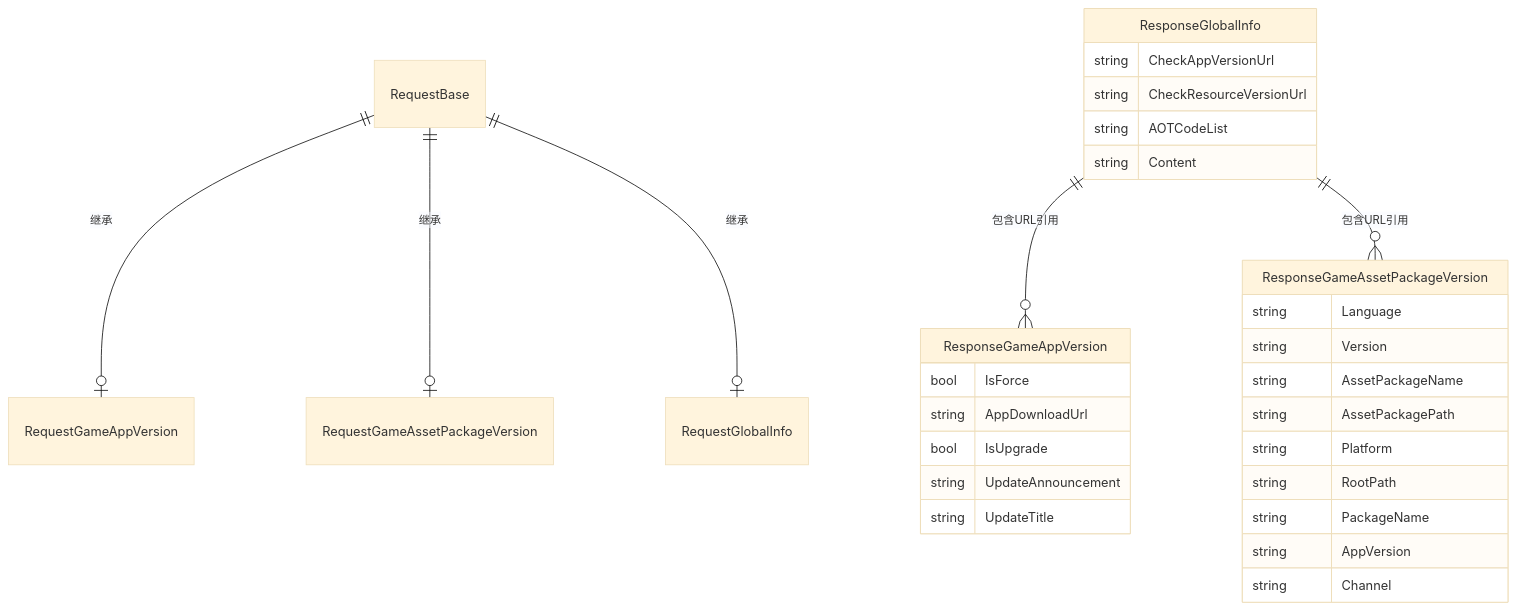
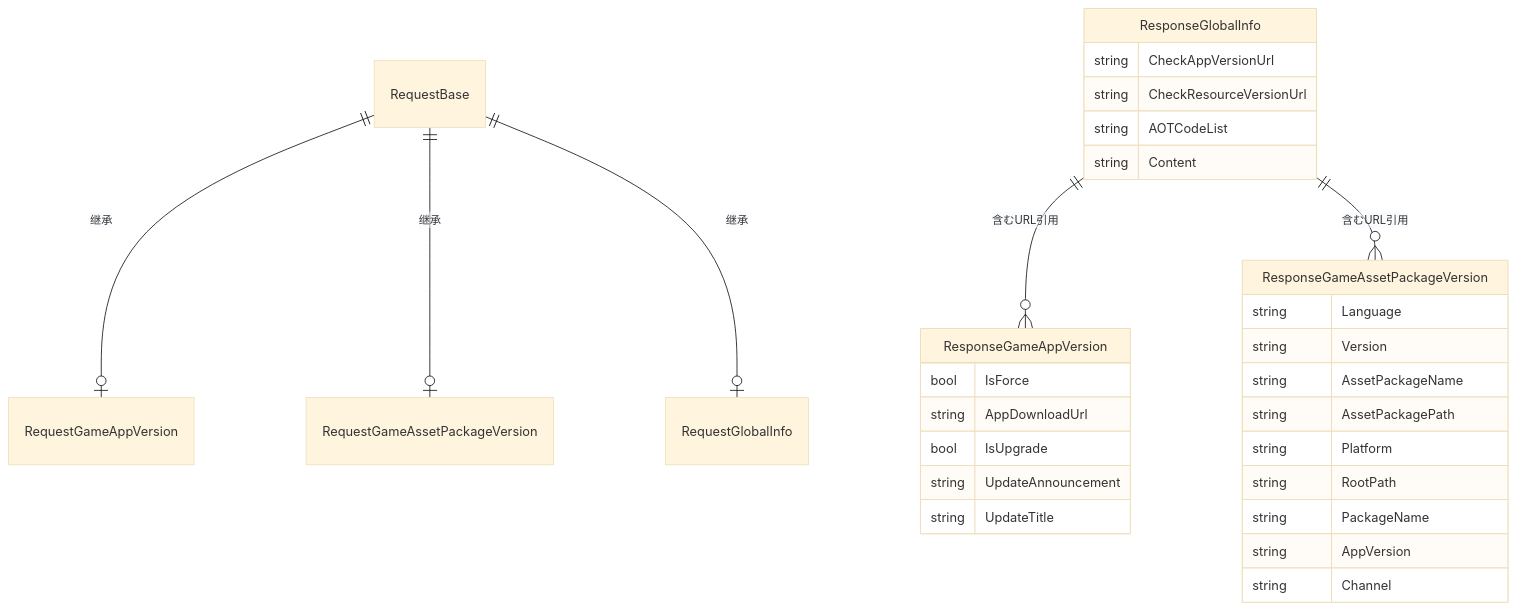
One commit to AlianBlank/GameFrameX.Docs changed the diagram in docs/ja/client/unity/component/globalconfig/05.response-classes.md. Above: the diagram before and after it, drawn with Mermaid (base theme). The commit also changed other lines of this file and 320 other files, not shown here.

````diff
--- a/docs/ja/client/unity/component/globalconfig/05.response-classes.md
+++ b/docs/ja/client/unity/component/globalconfig/05.response-classes.md
@@ -205,36 +205,36 @@
 ```mermaid
 erDiagram
     RequestBase ||--o| RequestGameAppVersion : "继承"
     RequestBase ||--o| RequestGameAssetPackageVersion : "继承"
     RequestBase ||--o| RequestGlobalInfo : "继承"
 
     ResponseGameAppVersion {
         bool IsForce
         string AppDownloadUrl
         bool IsUpgrade
         string UpdateAnnouncement
         string UpdateTitle
     }
 
     ResponseGameAssetPackageVersion {
         string Language
         string Version
         string AssetPackageName
         string AssetPackagePath
         string Platform
         string RootPath
         string PackageName
         string AppVersion
         string Channel
     }
 
     ResponseGlobalInfo {
         string CheckAppVersionUrl
         string CheckResourceVersionUrl
         string AOTCodeList
         string Content
     }
 
-    ResponseGlobalInfo ||--o{ ResponseGameAppVersion : "包含URL引用"
-    ResponseGlobalInfo ||--o{ ResponseGameAssetPackageVersion : "包含URL引用"
+    ResponseGlobalInfo ||--o{ ResponseGameAppVersion : "含むURL引用"
+    ResponseGlobalInfo ||--o{ ResponseGameAssetPackageVersion : "含むURL引用"
 ```
````
